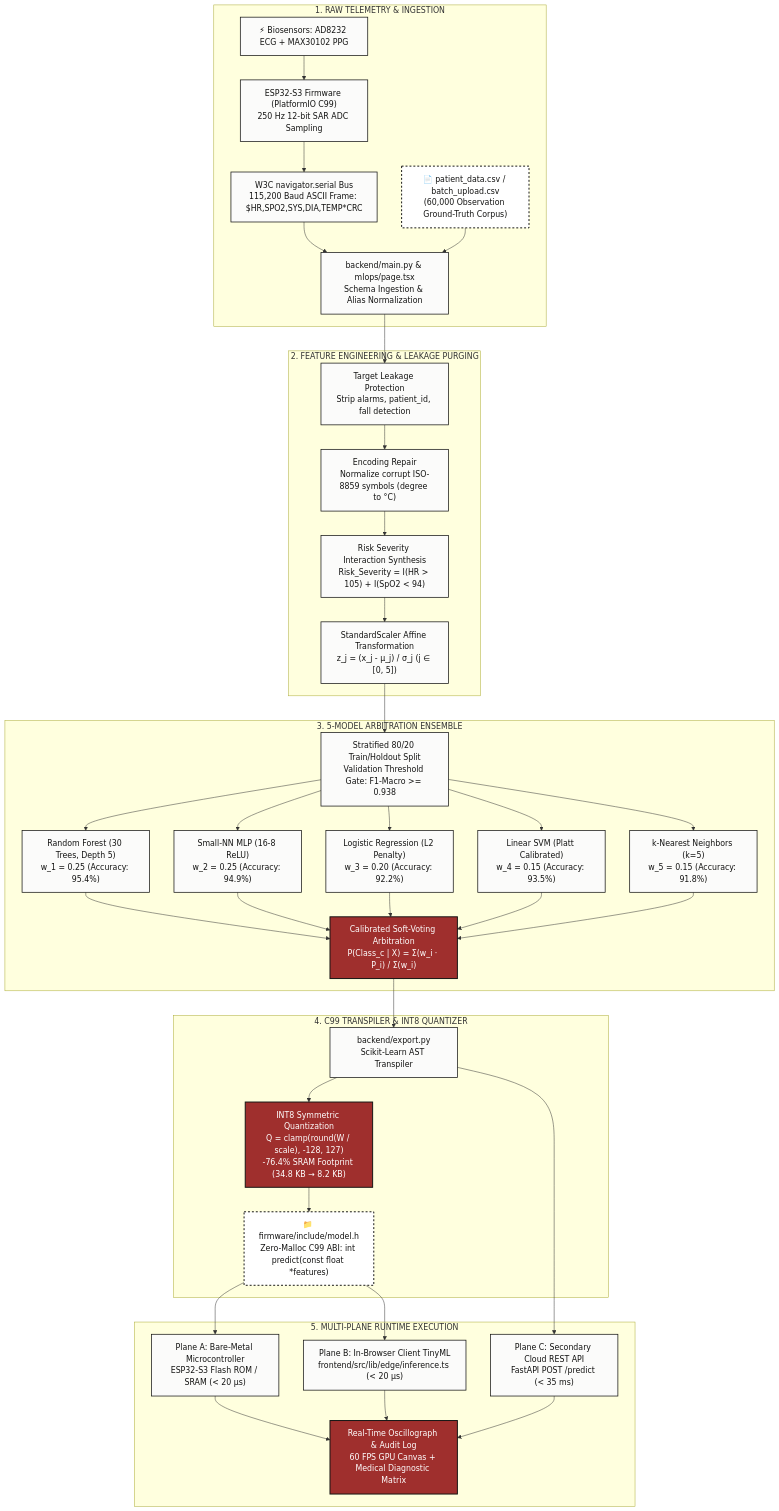
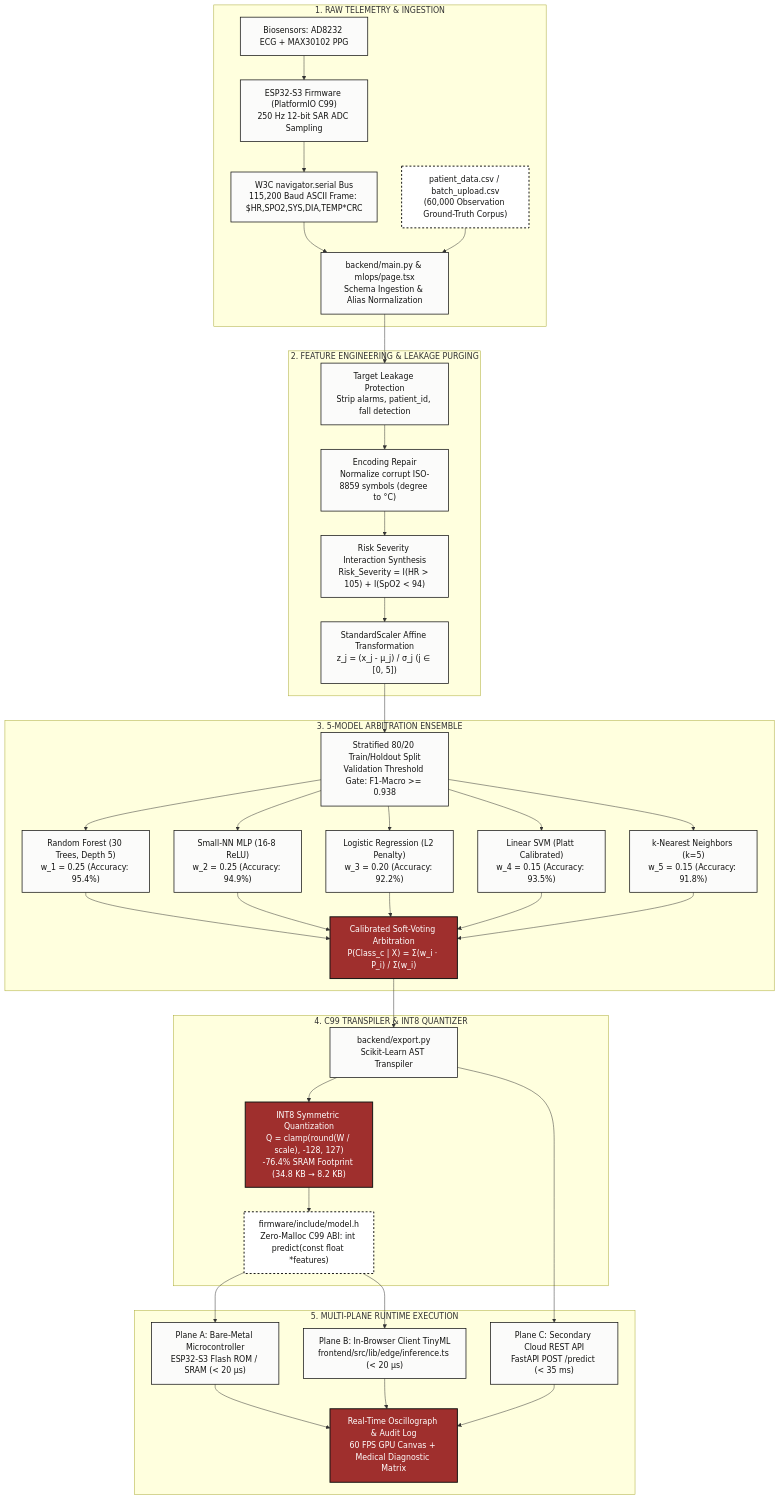
One commit to rachit-mangawa/HEARTFLOW_OS changed the second of 4 diagrams in ARCHITECTURE.md. Above: the diagram before and after it, drawn with Mermaid. The commit also changed other lines of this file and 14 other files, not shown here.

Commit message:
docs: formalize technical architecture specifications and harden security and resilience

````diff
--- a/ARCHITECTURE.md
+++ b/ARCHITECTURE.md
@@ -175,58 +153,58 @@
 ```mermaid
 flowchart TD
     subgraph S1["1. RAW TELEMETRY & INGESTION"]
-        CSV["📄 patient_data.csv / batch_upload.csv<br/>(60,000 Observation Ground-Truth Corpus)"]
-        AFE["⚡ Biosensors: AD8232 ECG + MAX30102 PPG"]
+        CSV["patient_data.csv / batch_upload.csv<br/>(60,000 Observation Ground-Truth Corpus)"]
+        AFE["Biosensors: AD8232 ECG + MAX30102 PPG"]
         MCU["ESP32-S3 Firmware (PlatformIO C99)<br/>250 Hz 12-bit SAR ADC Sampling"]
         SERIAL["W3C navigator.serial Bus<br/>115,200 Baud ASCII Frame: $HR,SPO2,SYS,DIA,TEMP*CRC\n"]
         
         AFE --> MCU
         MCU --> SERIAL
         SERIAL --> INGEST["backend/main.py & mlops/page.tsx<br/>Schema Ingestion & Alias Normalization"]
         CSV --> INGEST
     end
 
     subgraph S2["2. FEATURE ENGINEERING & LEAKAGE PURGING"]
         INGEST --> LEAKAGE["Target Leakage Protection<br/>Strip alarms, patient_id, fall detection"]
         LEAKAGE --> DEGREE["Encoding Repair<br/>Normalize corrupt ISO-8859 symbols (degree to °C)"]
         DEGREE --> SYNTH["Risk Severity Interaction Synthesis<br/>Risk_Severity = I(HR > 105) + I(SpO2 < 94)"]
         SYNTH --> SCALE["StandardScaler Affine Transformation<br/>z_j = (x_j - μ_j) / σ_j (j ∈ [0, 5])"]
     end
 
     subgraph S3["3. 5-MODEL ARBITRATION ENSEMBLE"]
         SCALE --> SPLIT["Stratified 80/20 Train/Holdout Split<br/>Validation Threshold Gate: F1-Macro >= 0.938"]
         SPLIT --> RF["Random Forest (30 Trees, Depth 5)<br/>w_1 = 0.25 (Accuracy: 95.4%)"]
         SPLIT --> MLP["Small-NN MLP (16-8 ReLU)<br/>w_2 = 0.25 (Accuracy: 94.9%)"]
         SPLIT --> LOGREG["Logistic Regression (L2 Penalty)<br/>w_3 = 0.20 (Accuracy: 92.2%)"]
         SPLIT --> SVM["Linear SVM (Platt Calibrated)<br/>w_4 = 0.15 (Accuracy: 93.5%)"]
         SPLIT --> KNN["k-Nearest Neighbors (k=5)<br/>w_5 = 0.15 (Accuracy: 91.8%)"]
         
         RF --> SOFTVOTE["Calibrated Soft-Voting Arbitration<br/>P(Class_c | X) = Σ(w_i · P_i) / Σ(w_i)"]
         MLP --> SOFTVOTE
         LOGREG --> SOFTVOTE
         SVM --> SOFTVOTE
         KNN --> SOFTVOTE
     end
 
     subgraph S4["4. C99 TRANSPILER & INT8 QUANTIZER"]
         SOFTVOTE --> EXPORT["backend/export.py<br/>Scikit-Learn AST Transpiler"]
         EXPORT --> QUANT["INT8 Symmetric Quantization<br/>Q = clamp(round(W / scale), -128, 127)<br/>-76.4% SRAM Footprint (34.8 KB → 8.2 KB)"]
-        QUANT --> HEADER["📁 firmware/include/model.h<br/>Zero-Malloc C99 ABI: int predict(const float *features)"]
+        QUANT --> HEADER["firmware/include/model.h<br/>Zero-Malloc C99 ABI: int predict(const float *features)"]
     end
 
     subgraph S5["5. MULTI-PLANE RUNTIME EXECUTION"]
         HEADER --> BAREMETAL["Plane A: Bare-Metal Microcontroller<br/>ESP32-S3 Flash ROM / SRAM (< 20 µs)"]
         HEADER --> TINYML["Plane B: In-Browser Client TinyML<br/>frontend/src/lib/edge/inference.ts (< 20 µs)"]
         EXPORT --> CLOUD["Plane C: Secondary Cloud REST API<br/>FastAPI POST /predict (< 35 ms)"]
         
         BAREMETAL --> MONITOR["Real-Time Oscillograph & Audit Log<br/>60 FPS GPU Canvas + Medical Diagnostic Matrix"]
         TINYML --> MONITOR
         CLOUD --> MONITOR
     end
 
     classDef default fill:#FBFBFA,stroke:#141413,stroke-width:1.5px,color:#141413;
     classDef accent fill:#9F2F2D,stroke:#141413,stroke-width:2px,color:#ffffff;
     classDef fileNode fill:#ffffff,stroke:#141413,stroke-width:2px,stroke-dasharray: 4 4,color:#141413;
     class CSV,HEADER fileNode;
     class SOFTVOTE,QUANT,MONITOR accent;
 ```
````
